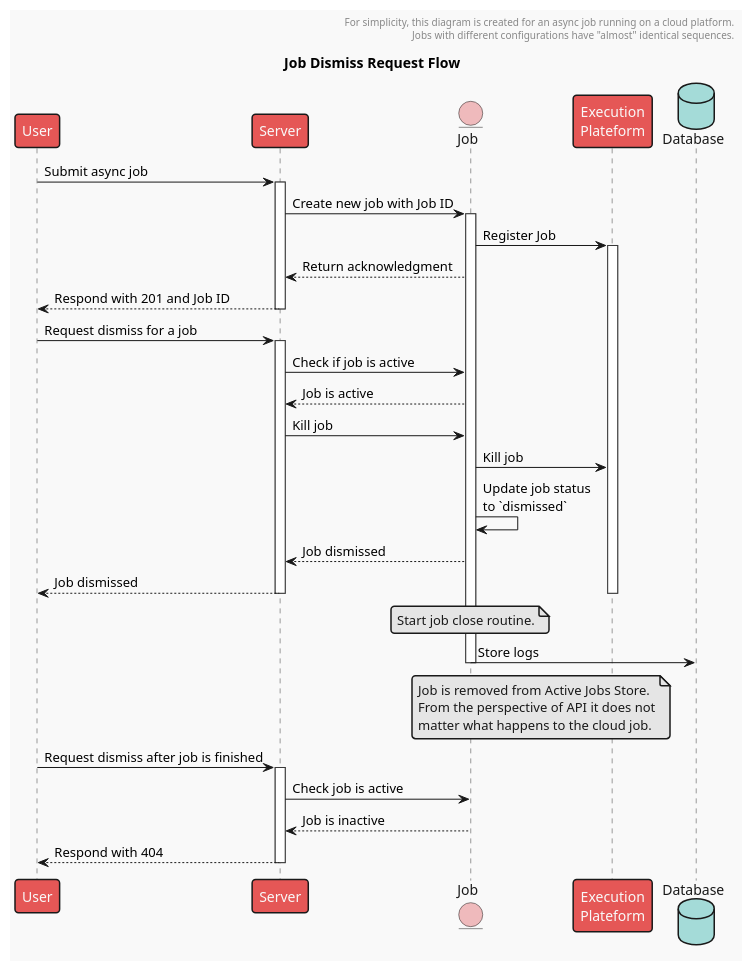
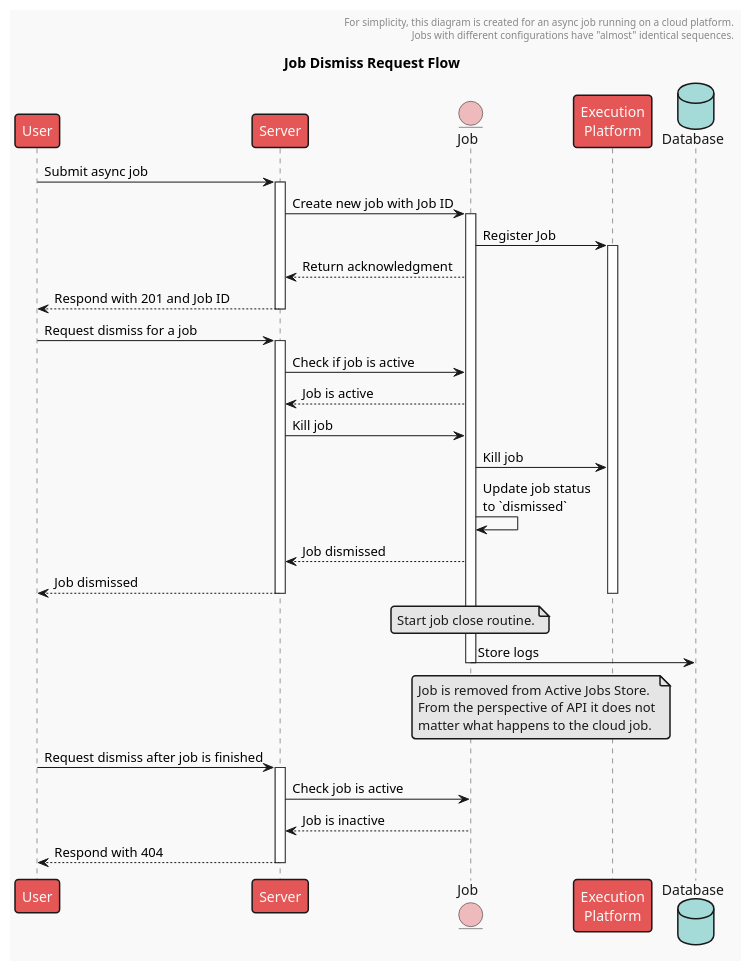
Before and after one commit to Dewberry/process-api: the diagram in imgs/umls/sequence-diagrams/dismiss.puml, drawn with PlantUML. The commit also changed 7 other files, not shown here.

```diff
--- a/imgs/umls/sequence-diagrams/dismiss.puml
+++ b/imgs/umls/sequence-diagrams/dismiss.puml
@@ -1,54 +1,54 @@
 @startuml dismiss
 !theme mars
 
 title Job Dismiss Request Flow
 header
     For simplicity, this diagram is created for an async job running on a cloud platform.
     Jobs with different configurations have "almost" identical sequences.
 end header
 
 participant User
 participant Server
 entity Job
-participant "Execution\nPlateform"
+participant "Execution\nPlatform"
 database Database
 
 User -> Server: Submit async job
 activate Server
 
 Server -> Job: Create new job with Job ID
 activate Job
-Job -> "Execution\nPlateform": Register Job
-activate "Execution\nPlateform"
+Job -> "Execution\nPlatform": Register Job
+activate "Execution\nPlatform"
 
 Job --> Server: Return acknowledgment
 Server --> User: Respond with 201 and Job ID
 deactivate Server
 
 User -> Server: Request dismiss for a job
 activate Server
 Server -> Job: Check if job is active
 Job --> Server: Job is active
 Server -> Job: Kill job
-Job -> "Execution\nPlateform": Kill job
+Job -> "Execution\nPlatform": Kill job
 Job -> Job: Update job status\nto `dismissed`
 Job --> Server: Job dismissed
 Server --> User: Job dismissed
 deactivate Server
 
 note over Job: Start job close routine.
-deactivate "Execution\nPlateform"
+deactivate "Execution\nPlatform"
 
 Job -> Database: Store logs
 deactivate Job
 
-note over Job, "Execution\nPlateform": Job is removed from Active Jobs Store.\nFrom the perspective of API it does not\nmatter what happens to the cloud job.
+note over Job, "Execution\nPlatform": Job is removed from Active Jobs Store.\nFrom the perspective of API it does not\nmatter what happens to the cloud job.
 
 User -> Server: Request dismiss after job is finished
 activate Server
 Server -> Job: Check job is active
 Job --> Server: Job is inactive
 Server --> User: Respond with 404
 deactivate Server
 
 @enduml
```
